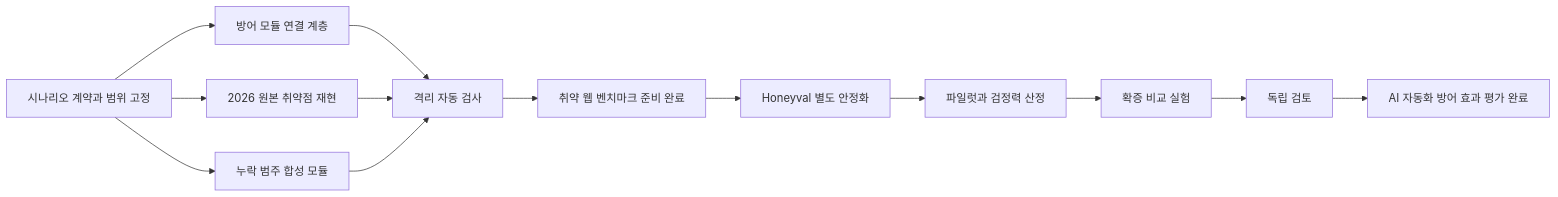
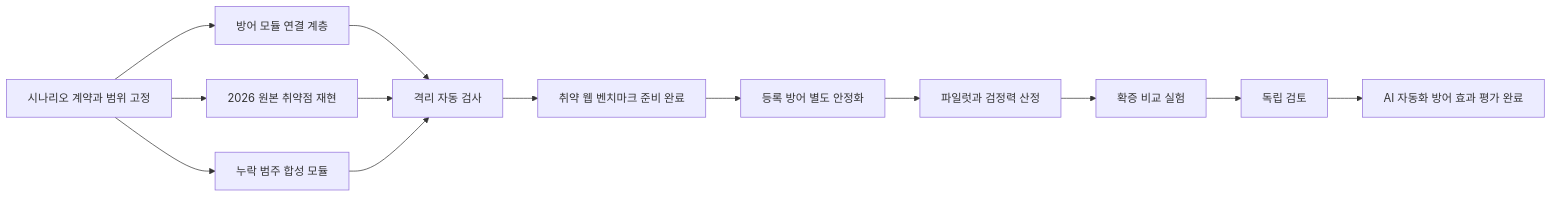
The diagram in benchmark/benchmarks/web-defense-benchmark/docs/benchmark-completion-plan-20260908.md (WHS4-RUBY/ruby), drawn with Mermaid before and after one commit. The commit also changed other lines of this file and 68 other files, not shown here.

````diff
--- a/benchmark/benchmarks/web-defense-benchmark/docs/benchmark-completion-plan-20260908.md
+++ b/benchmark/benchmarks/web-defense-benchmark/docs/benchmark-completion-plan-20260908.md
@@ -56,15 +56,15 @@
 ```mermaid
 flowchart LR
     P1[시나리오 계약과 범위 고정] --> D[방어 모듈 연결 계층]
     P1 --> P2[2026 원본 취약점 재현]
     P1 --> P3[누락 범주 합성 모듈]
     D --> P4[격리 자동 검사]
     P2 --> P4
     P3 --> P4
     P4 --> A[취약 웹 벤치마크 준비 완료]
-    A --> H[Honeyval 별도 안정화]
+    A --> H[등록 방어 별도 안정화]
     H --> P5[파일럿과 검정력 산정]
     P5 --> P6[확증 비교 실험]
     P6 --> P7[독립 검토]
     P7 --> B[AI 자동화 방어 효과 평가 완료]
 ```
````
